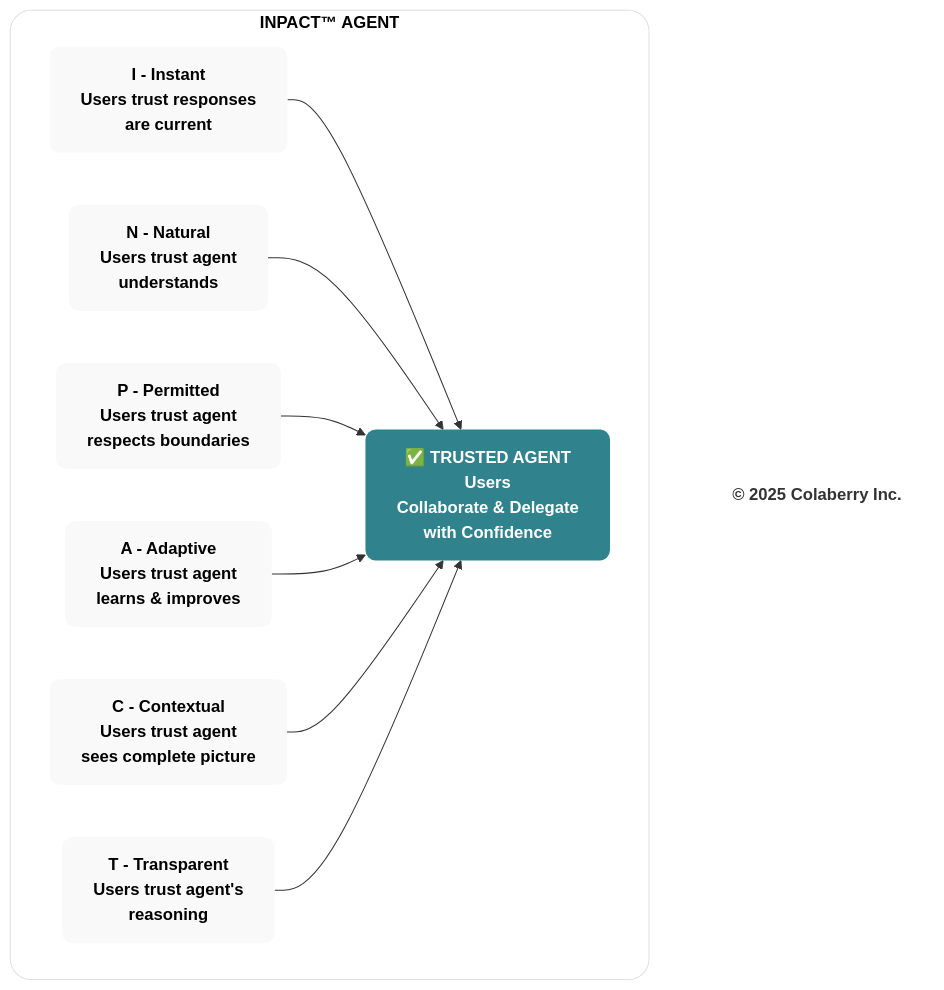
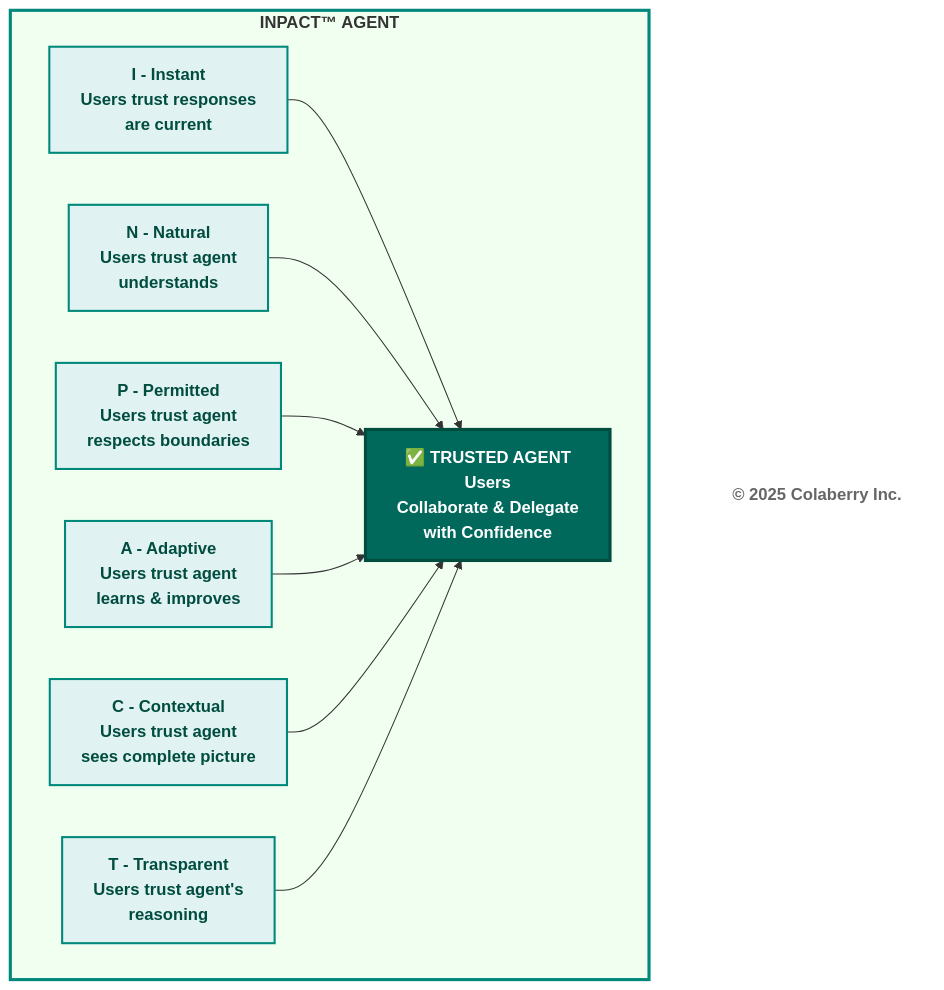
Before and after one commit to saitejesh-cyber/trust-before-intelligence-book: the fourth of 12 diagrams in manuscript/03_chapter_2_inpact_framework.md, drawn with Mermaid. The commit also changed other lines of this file and 12 other files, not shown here.

Commit message:
Restore legacy Mermaid styles for Option 1

````diff
--- a/manuscript/03_chapter_2_inpact_framework.md
+++ b/manuscript/03_chapter_2_inpact_framework.md
@@ -231,39 +227,34 @@
 ```mermaid
 graph TB
     subgraph BOX["<b>INPACT™ AGENT</b>"]
         I["<b>I - Instant</b><br/><b>Users trust responses<br/> are current</b>"]
         N["<b>N - Natural</b><br/><b>Users trust agent<br/> understands</b>"]
         P["<b>P - Permitted</b><br/><b>Users trust agent<br/> respects boundaries</b>"]
         A["<b>A - Adaptive</b><br/><b>Users trust agent<br/> learns & improves</b>"]
         C["<b>C - Contextual</b><br/><b>Users trust agent<br/> sees complete picture</b>"]
         T["<b>T - Transparent</b><br/><b>Users trust agent's<br/> reasoning</b>"]
         
         TRUST["<b>✅ TRUSTED AGENT</b><br/><b>Users<br/> Collaborate & Delegate<br/> with Confidence</b>"]
         
         I --> TRUST
         N --> TRUST
         P --> TRUST
         A --> TRUST
         C --> TRUST
         T --> TRUST
     end
     
     COPYRIGHT["<b>© 2025 Colaberry Inc.</b>"]
     
-    %% ⚪ CONTAINER — NEUTRAL / CONTEXT
-        style BOX fill:#ffffff,stroke:#e0e0e0,stroke-width:1px,color:#000000,rx:20,ry:20
+    style BOX fill:#f0fff0,stroke:#00897b,stroke-width:3px
+    style I fill:#e0f2f1,stroke:#00897b,stroke-width:2px,color:#004d40
+    style N fill:#e0f2f1,stroke:#00897b,stroke-width:2px,color:#004d40
+    style P fill:#e0f2f1,stroke:#00897b,stroke-width:2px,color:#004d40
+    style A fill:#e0f2f1,stroke:#00897b,stroke-width:2px,color:#004d40
+    style C fill:#e0f2f1,stroke:#00897b,stroke-width:2px,color:#004d40
+    style T fill:#e0f2f1,stroke:#00897b,stroke-width:2px,color:#004d40
     
-    %% 🔵 INPACT™ NEEDS — TRANSFORMATION / DEFINITION
-        style I fill:#f9f9f9,stroke:none,color:#000000,rx:10,ry:10
-        style N fill:#f9f9f9,stroke:none,color:#000000,rx:10,ry:10
-        style P fill:#f9f9f9,stroke:none,color:#000000,rx:10,ry:10
-        style A fill:#f9f9f9,stroke:none,color:#000000,rx:10,ry:10
-        style C fill:#f9f9f9,stroke:none,color:#000000,rx:10,ry:10
-        style T fill:#f9f9f9,stroke:none,color:#000000,rx:10,ry:10
+    style TRUST fill:#00695c,color:#ffffff,stroke:#004d40,stroke-width:3px
     
-    %% 🟢 TRUST — INPACT™-FULFILLED OUTCOME
-        style TRUST fill:#30838C,stroke:none,color:#ffffff,rx:10,ry:10
-    
-    %% FOOTER
-    style COPYRIGHT fill:none,stroke:none,color:#333333
+    style COPYRIGHT fill:#ffffff,stroke:none,color:#666666
 ```
````
